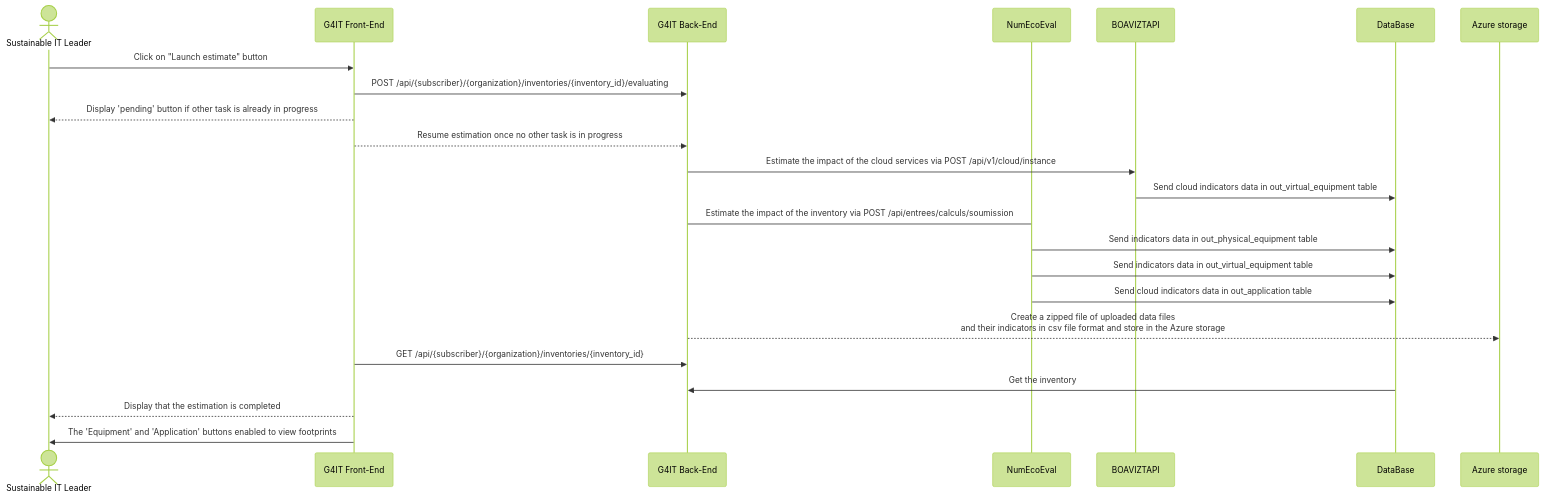
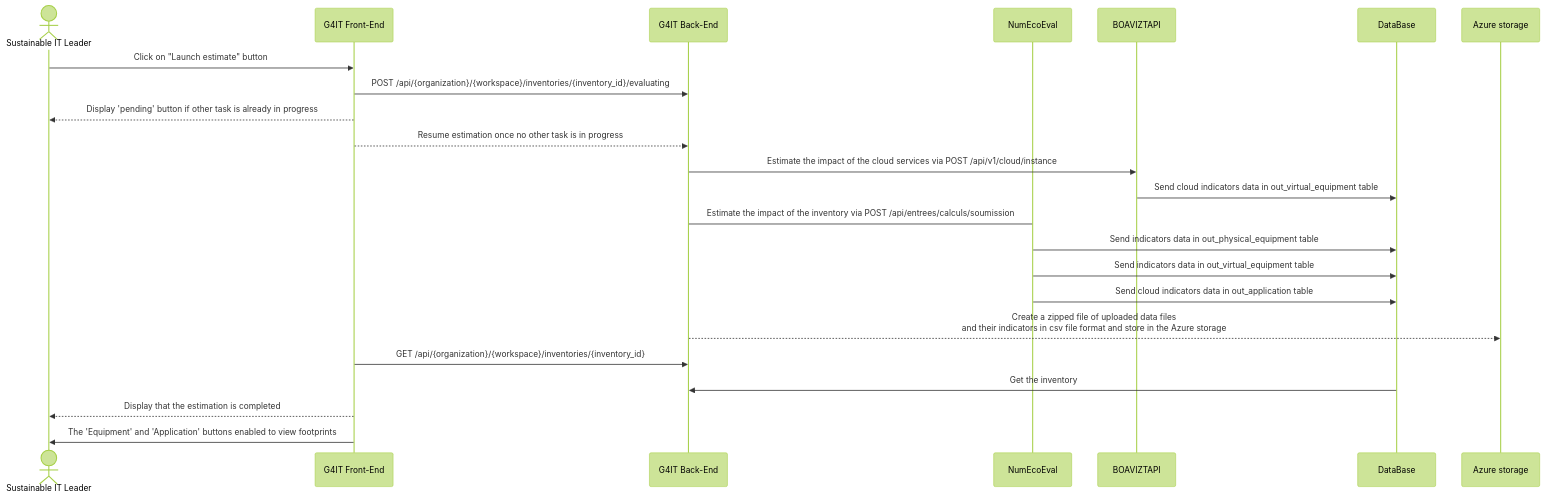
One commit to teamg4it/g4it changed the second of 2 diagrams in services/documentation/content/2-functional-documentation/use_cases/uc_inventory/uc4_launch_estimation.md. Above: the diagram before and after it, drawn with Mermaid (forest theme). The commit also changed other lines of this file and 92 other files, not shown here.

```diff
--- a/services/documentation/content/2-functional-documentation/use_cases/uc_inventory/uc4_launch_estimation.md
+++ b/services/documentation/content/2-functional-documentation/use_cases/uc_inventory/uc4_launch_estimation.md
@@ -82,27 +82,27 @@
 {{< mermaid >}}
 sequenceDiagram
 actor RND as Sustainable IT Leader
 participant front as G4IT Front-End
 participant back as G4IT Back-End
 participant NumEcoEval
 participant BOAVIZTAPI
 participant DataBase
 participant Azure storage
 
 RND ->> front: Click on "Launch estimate" button
-front ->> back: POST /api/{subscriber}/{organization}/inventories/{inventory_id}/evaluating
+front ->> back: POST /api/{organization}/{workspace}/inventories/{inventory_id}/evaluating
 front -->> RND: Display 'pending' button if other task is already in progress
 front -->> back: Resume estimation once no other task is in progress
 back ->> BOAVIZTAPI: Estimate the impact of the cloud services via POST /api/v1/cloud/instance
 BOAVIZTAPI ->> DataBase: Send cloud indicators data in out_virtual_equipment table
 back -> NumEcoEval: Estimate the impact of the inventory via POST /api/entrees/calculs/soumission
 NumEcoEval ->> DataBase: Send indicators data in out_physical_equipment table
 NumEcoEval ->> DataBase: Send indicators data in out_virtual_equipment table
 NumEcoEval ->> DataBase: Send cloud indicators data in out_application table
 back -->> Azure storage: Create a zipped file of uploaded data files <br>and their indicators in csv file format and store in the Azure storage
-front ->> back: GET /api/{subscriber}/{organization}/inventories/{inventory_id}
+front ->> back: GET /api/{organization}/{workspace}/inventories/{inventory_id}
 DataBase ->> back: Get the inventory
 front-->> RND: Display that the estimation is completed
 front->> RND: The 'Equipment' and 'Application' buttons enabled to view footprints
 
 {{< /mermaid >}}
```
